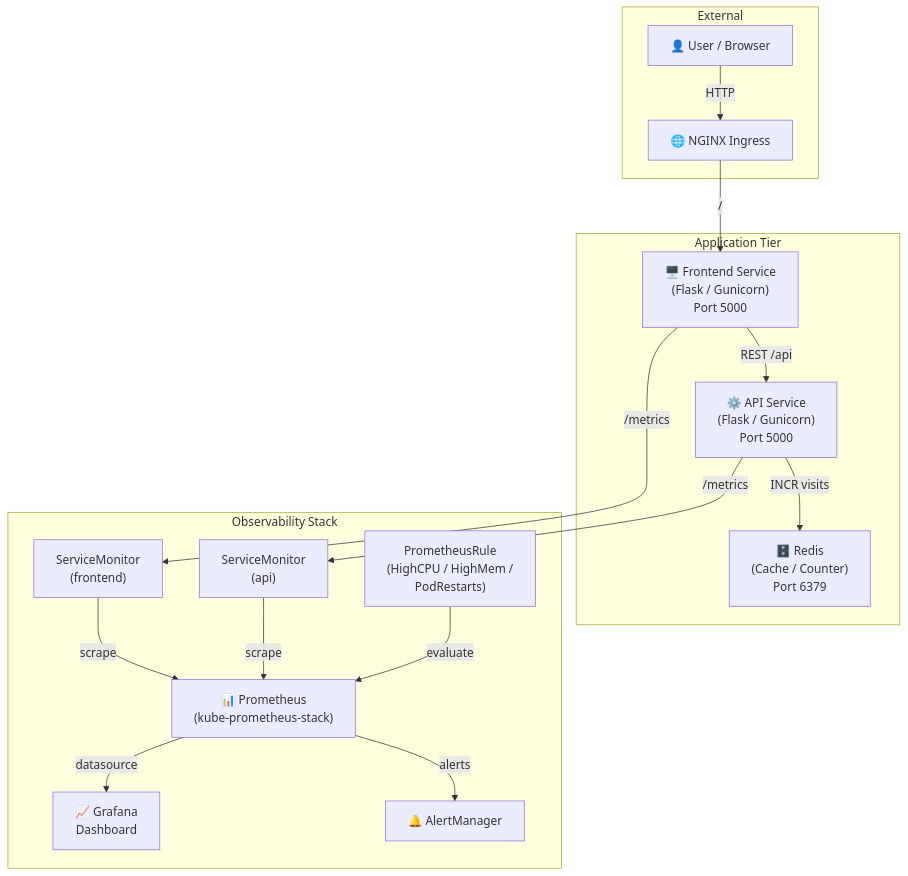
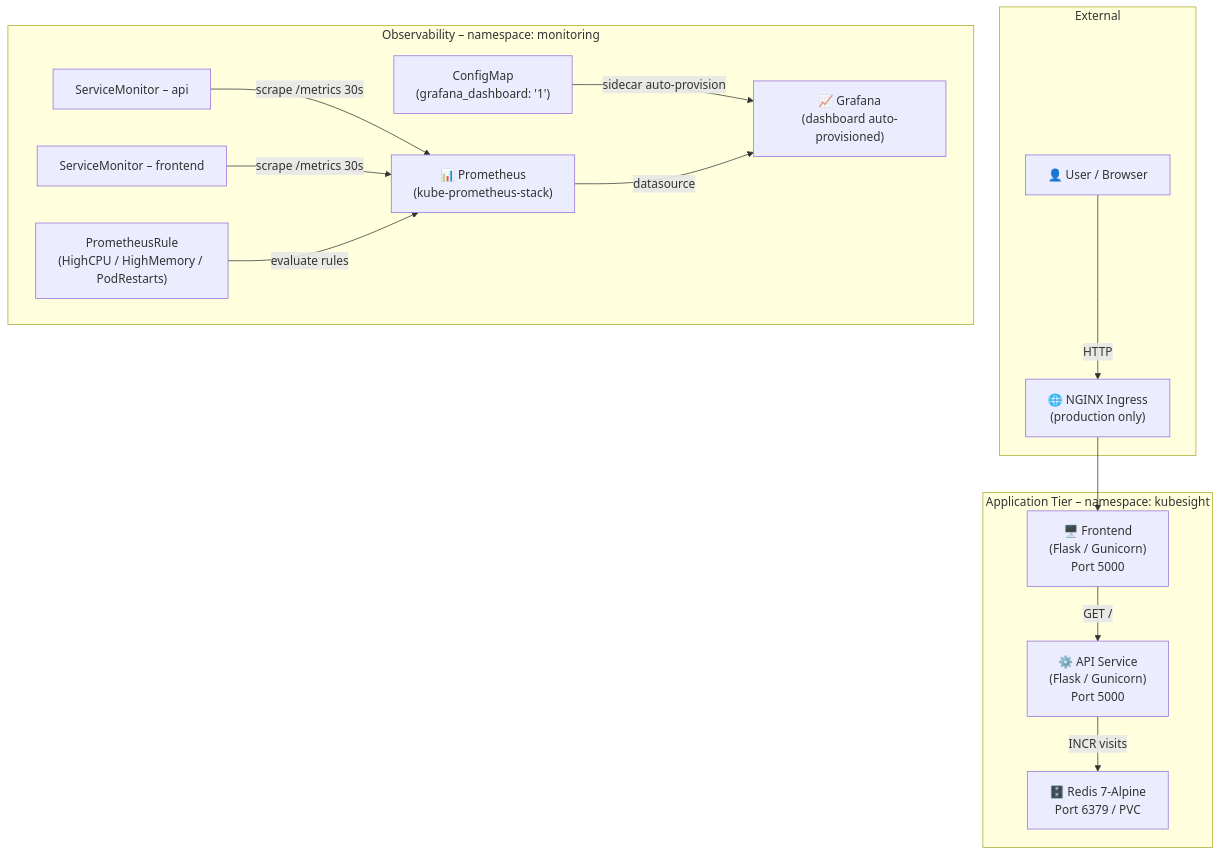
The diagram in README.md (samkeerthana98/kubesight-production-observability), drawn with Mermaid before and after one commit. The commit also changed other lines of this file, not shown here.

````diff
--- a/README.md
+++ b/README.md
@@ -56,35 +36,33 @@
 ```mermaid
 graph TB
     subgraph "External"
         User["👤 User / Browser"]
-        Ingress["🌐 NGINX Ingress"]
+        Ingress["🌐 NGINX Ingress\n(production only)"]
     end
 
-    subgraph "Application Tier"
-        Frontend["🖥️ Frontend Service\n(Flask / Gunicorn)\nPort 5000"]
+    subgraph "Application Tier – namespace: kubesight"
+        Frontend["🖥️ Frontend\n(Flask / Gunicorn)\nPort 5000"]
         API["⚙️ API Service\n(Flask / Gunicorn)\nPort 5000"]
-        Redis["🗄️ Redis\n(Cache / Counter)\nPort 6379"]
+        Redis["🗄️ Redis 7-Alpine\nPort 6379 / PVC"]
     end
 
-    subgraph "Observability Stack"
+    subgraph "Observability – namespace: monitoring"
         Prometheus["📊 Prometheus\n(kube-prometheus-stack)"]
-        Grafana["📈 Grafana\nDashboard"]
-        AlertManager["🔔 AlertManager"]
-        SMFrontend["ServiceMonitor\n(frontend)"]
-        SMApi["ServiceMonitor\n(api)"]
-        PRules["PrometheusRule\n(HighCPU / HighMem /\nPodRestarts)"]
+        Grafana["📈 Grafana\n(dashboard auto-provisioned)"]
+        SMApi["ServiceMonitor – api"]
+        SMFrontend["ServiceMonitor – frontend"]
+        PRules["PrometheusRule\n(HighCPU / HighMemory / PodRestarts)"]
+        GrafanaCM["ConfigMap\n(grafana_dashboard: '1')"]
     end
 
     User -->|HTTP| Ingress
-    Ingress -->|"/"| Frontend
-    Frontend -->|"REST /api"| API
-    API -->|"INCR visits"| Redis
+    Ingress --> Frontend
+    Frontend -->|GET /| API
+    API -->|INCR visits| Redis
 
-    Frontend -->|"/metrics"| SMFrontend
-    API -->|"/metrics"| SMApi
-    SMFrontend -->|scrape| Prometheus
-    SMApi -->|scrape| Prometheus
-    PRules -->|evaluate| Prometheus
-    Prometheus -->|alerts| AlertManager
+    SMApi -->|scrape /metrics 30s| Prometheus
+    SMFrontend -->|scrape /metrics 30s| Prometheus
+    PRules -->|evaluate rules| Prometheus
+    GrafanaCM -->|sidecar auto-provision| Grafana
     Prometheus -->|datasource| Grafana
 ```
````
